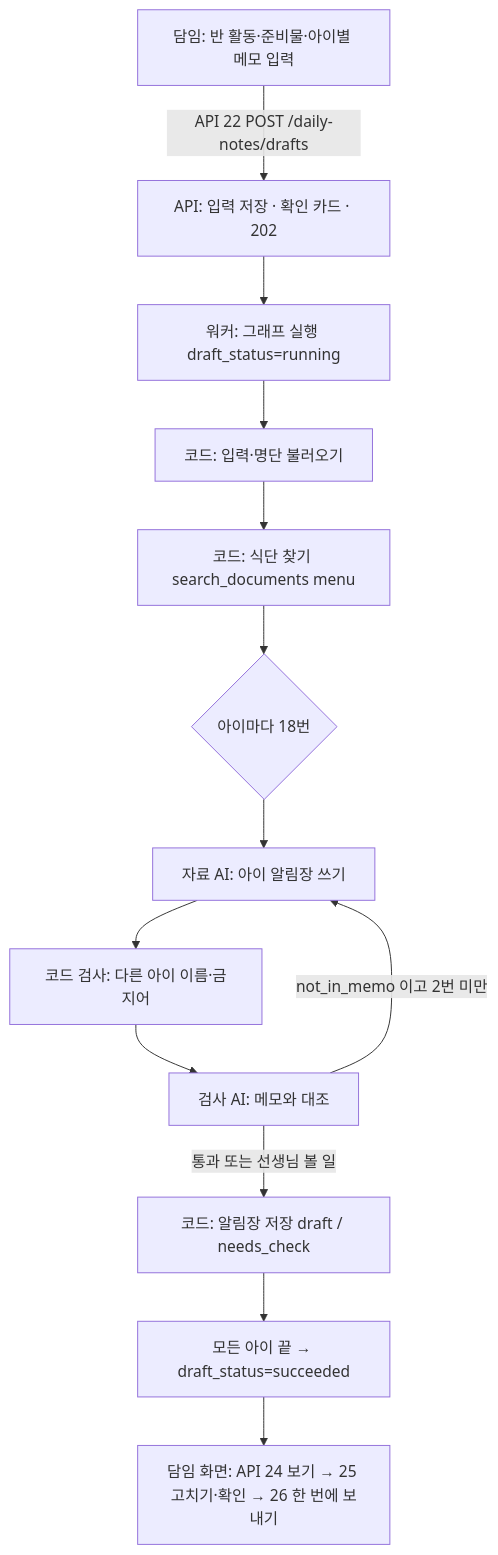
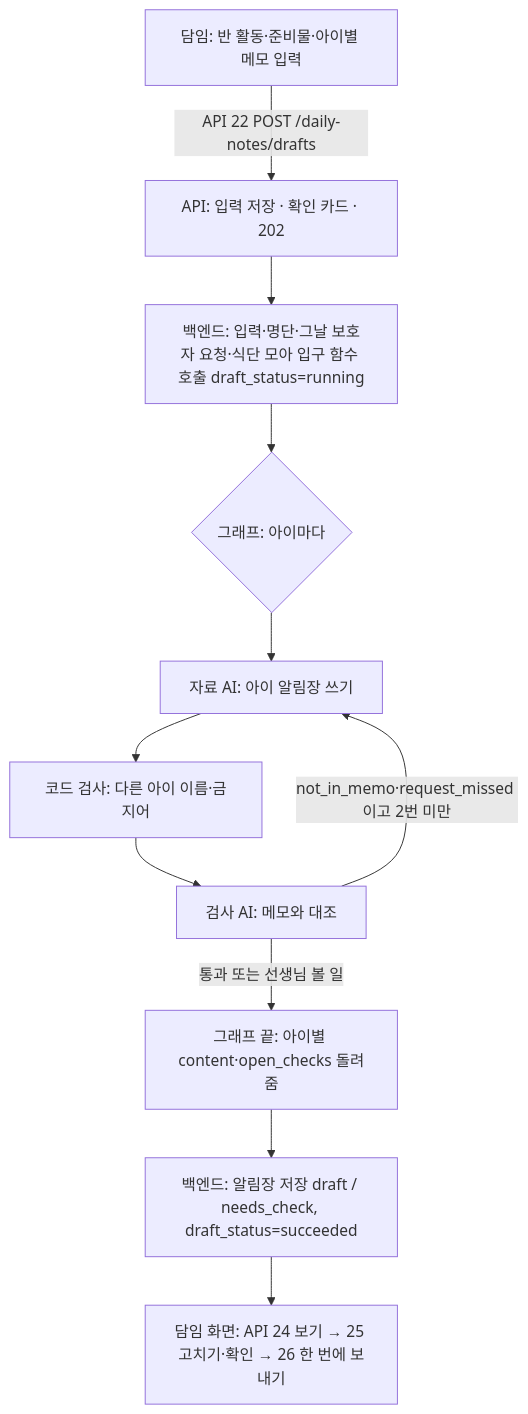
The diagram in Docs/Step2/알림장_에이전트_흐름.md (aio-final-2team/FinalProject_2Team), drawn with Mermaid before and after one commit. The commit also changed other lines of this file and 6 other files, not shown here.

````diff
--- a/Docs/Step2/알림장_에이전트_흐름.md
+++ b/Docs/Step2/알림장_에이전트_흐름.md
@@ -13,15 +13,13 @@
 ```mermaid
 flowchart TD
     A[담임: 반 활동·준비물·아이별 메모 입력] -->|API 22 POST /daily-notes/drafts| B[API: 입력 저장 · 확인 카드 · 202]
-    B --> C[워커: 그래프 실행 draft_status=running]
-    C --> D[코드: 입력·명단 불러오기]
-    D --> E[코드: 식단 찾기 search_documents menu]
-    E --> F{아이마다 18번}
+    B --> C[백엔드: 입력·명단·그날 보호자 요청·식단 모아 입구 함수 호출 draft_status=running]
+    C --> F{그래프: 아이마다}
     F --> G[자료 AI: 아이 알림장 쓰기]
     G --> H[코드 검사: 다른 아이 이름·금지어]
     H --> I[검사 AI: 메모와 대조]
-    I -->|not_in_memo 이고 2번 미만| G
-    I -->|통과 또는 선생님 볼 일| J[코드: 알림장 저장 draft / needs_check]
-    J --> K[모든 아이 끝 → draft_status=succeeded]
+    I -->|not_in_memo·request_missed 이고 2번 미만| G
+    I -->|통과 또는 선생님 볼 일| J[그래프 끝: 아이별 content·open_checks 돌려줌]
+    J --> K[백엔드: 알림장 저장 draft / needs_check, draft_status=succeeded]
     K --> L[담임 화면: API 24 보기 → 25 고치기·확인 → 26 한 번에 보내기]
 ```
````
